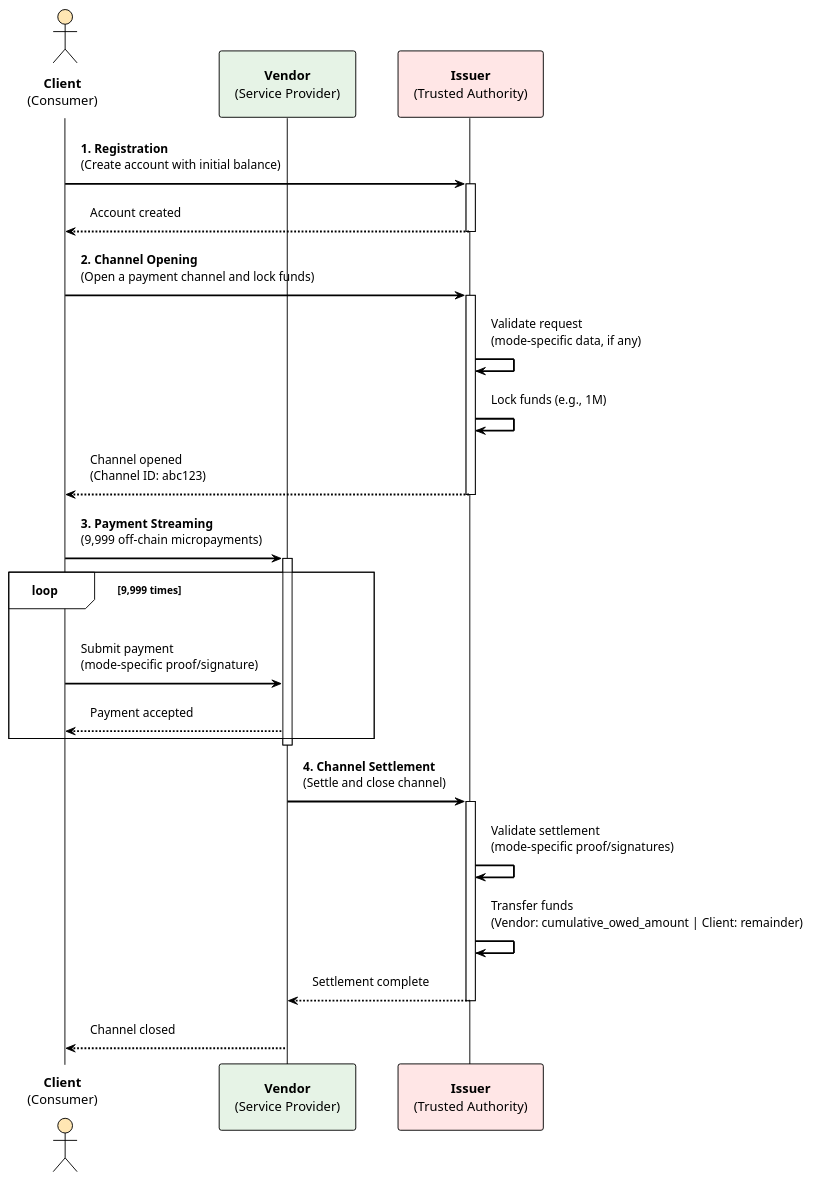
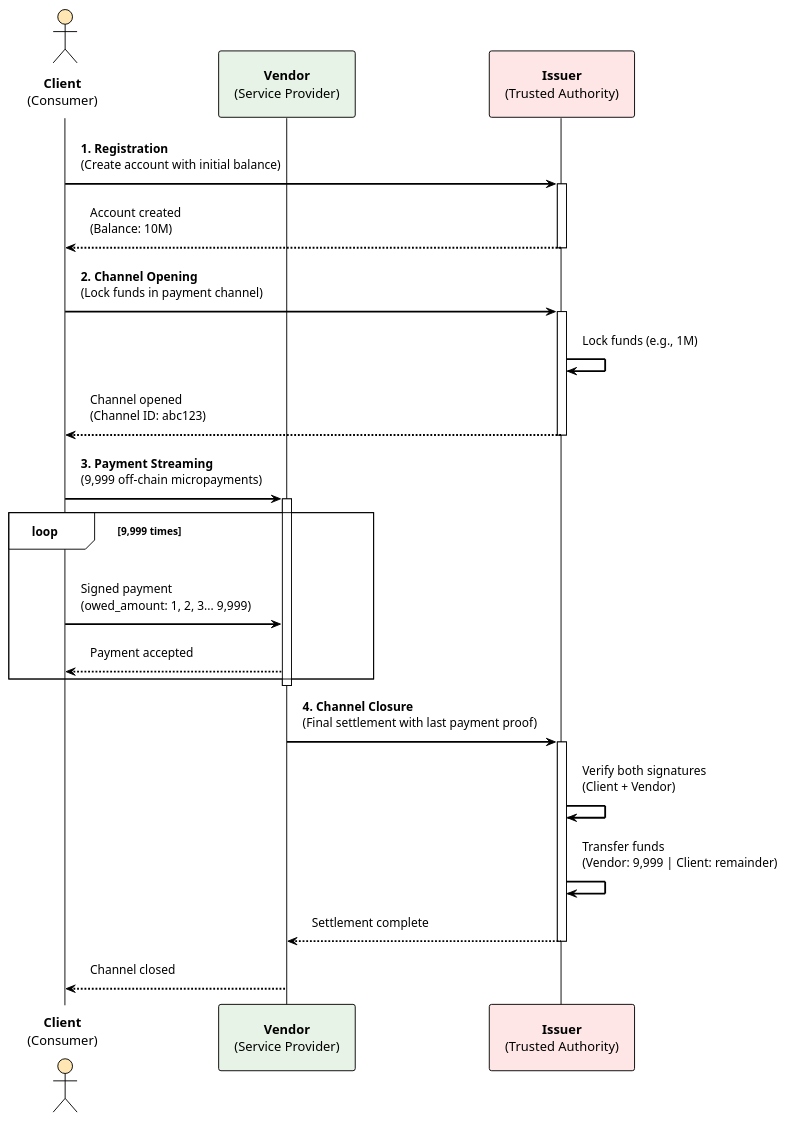
One commit to otaviootavio/nanomoni changed the diagram in umls/system-overview.puml. Above: the diagram before and after it, drawn with PlantUML. The commit also changed 73 other files, not shown here.

Commit message:
Revert "Refactor payment channel handling and update terminology"

```diff
--- a/umls/system-overview.puml
+++ b/umls/system-overview.puml
@@ -1,50 +1,49 @@
 @startuml System_Overview
 
 !theme plain
 skinparam backgroundColor white
 skinparam componentStyle rectangle
 skinparam padding 10
 skinparam BoxPadding 10
 skinparam RectanglePadding 10
 skinparam RectangleBorderThickness 2
 skinparam Shadowing false
 skinparam ArrowThickness 2
 
 actor "**Client**\n(Consumer)" as Client #FFE6B3
 participant "**Vendor**\n(Service Provider)" as Vendor #E6F3E6
 participant "**Issuer**\n(Trusted Authority)" as Issuer #FFE6E6
 
 
 Client -> Issuer: **1. Registration**\n(Create account with initial balance)
 activate Issuer
-Issuer --> Client: Account created
+Issuer --> Client: Account created\n(Balance: 10M)
 deactivate Issuer
 
-Client -> Issuer: **2. Channel Opening**\n(Open a payment channel and lock funds)
+Client -> Issuer: **2. Channel Opening**\n(Lock funds in payment channel)
 activate Issuer
-Issuer -> Issuer: Validate request\n(mode-specific data, if any)
 Issuer -> Issuer: Lock funds (e.g., 1M)
 Issuer --> Client: Channel opened\n(Channel ID: abc123)
 deactivate Issuer
 
 
 Client -> Vendor: **3. Payment Streaming**\n(9,999 off-chain micropayments)
 activate Vendor
 
 loop 9,999 times
-  Client -> Vendor: Submit payment\n(mode-specific proof/signature)
+  Client -> Vendor: Signed payment\n(owed_amount: 1, 2, 3... 9,999)
   Vendor --> Client: Payment accepted
 end
 
 deactivate Vendor
 
-Vendor -> Issuer: **4. Channel Settlement**\n(Settle and close channel)
+Vendor -> Issuer: **4. Channel Closure**\n(Final settlement with last payment proof)
 activate Issuer
-Issuer -> Issuer: Validate settlement\n(mode-specific proof/signatures)
-Issuer -> Issuer: Transfer funds\n(Vendor: cumulative_owed_amount | Client: remainder)
+Issuer -> Issuer: Verify both signatures\n(Client + Vendor)
+Issuer -> Issuer: Transfer funds\n(Vendor: 9,999 | Client: remainder)
 Issuer --> Vendor: Settlement complete
 deactivate Issuer
 
 Vendor --> Client: Channel closed
 
 @enduml
```
